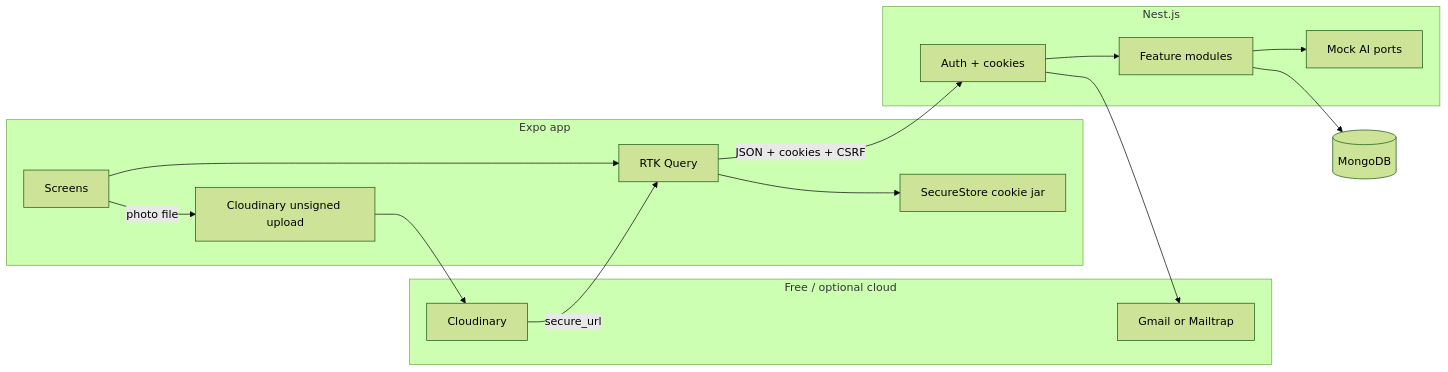
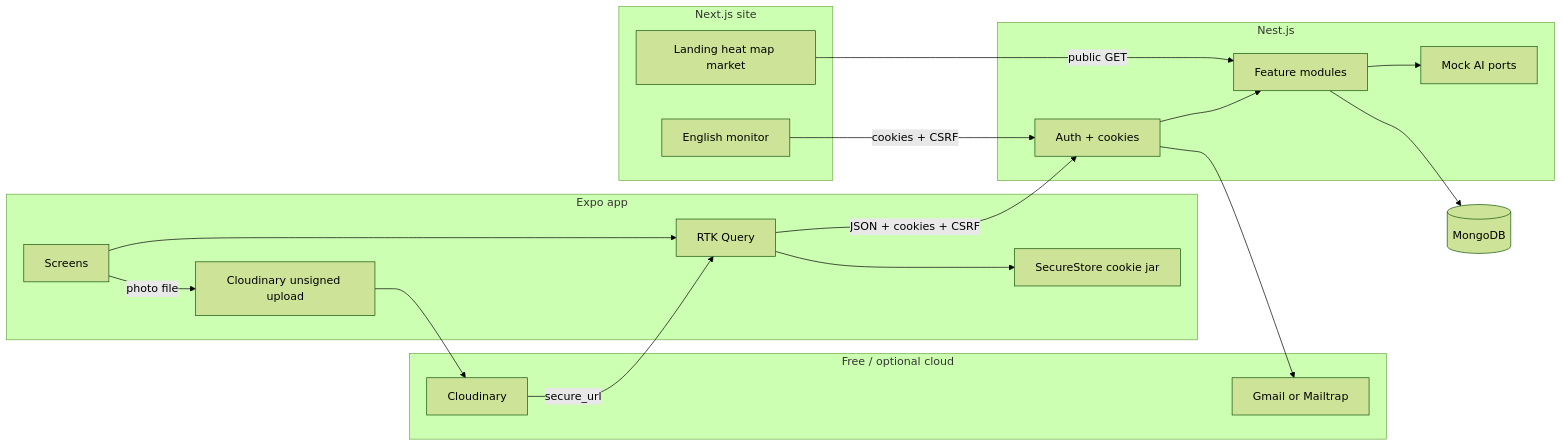
The first of 2 diagrams in SETUP.md (muddasirfaiyaj66/Aronno-Ai), drawn with Mermaid (forest theme) before and after one commit. The commit also changed other lines of this file and 17 other files, not shown here.

First line of the commit message:
docs: record payments, delivery, and the admin site

````diff
--- a/SETUP.md
+++ b/SETUP.md
@@ -470,29 +494,35 @@
 ```mermaid
 flowchart LR
   subgraph phone [Expo app]
     UI[Screens]
     RTK[RTK Query]
     Jar[SecureStore cookie jar]
     CL[Cloudinary unsigned upload]
+  end
+  subgraph site [Next.js site]
+    Public[Landing heat map market]
+    Admin[English monitor]
   end
   subgraph cloud [Free / optional cloud]
     CDN[Cloudinary]
     SMTP[Gmail or Mailtrap]
   end
   subgraph api [Nest.js]
     Auth[Auth + cookies]
     Feat[Feature modules]
     Mock[Mock AI ports]
   end
   DB[(MongoDB)]
   UI --> RTK
   RTK --> Jar
   RTK -->|JSON + cookies + CSRF| Auth
+  Public -->|public GET| Feat
+  Admin -->|cookies + CSRF| Auth
   UI -->|photo file| CL
   CL --> CDN
   CDN -->|secure_url| RTK
   Auth --> Feat
   Feat --> Mock
   Feat --> DB
   Auth --> SMTP
 ```
````
